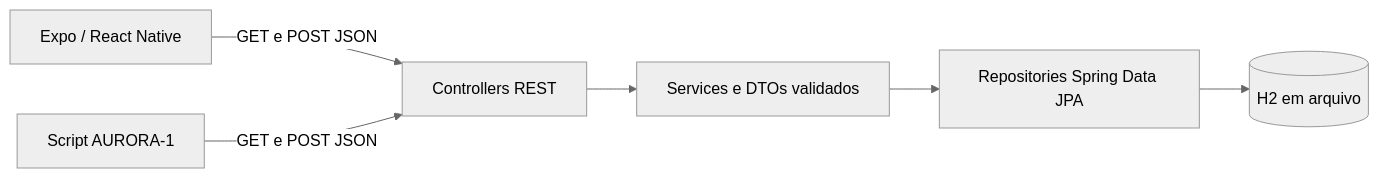
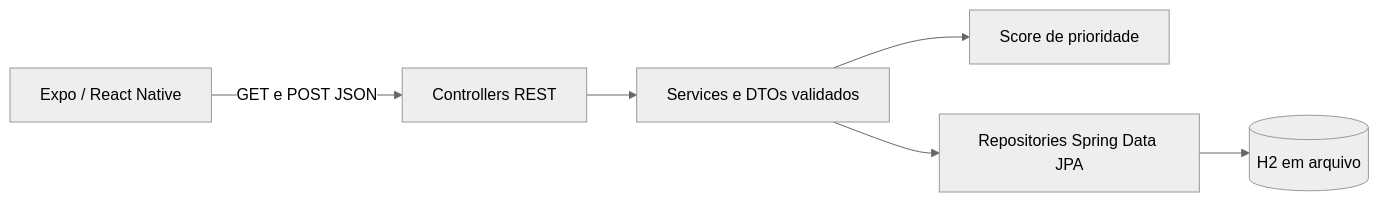
The diagram in README.md (enzoraddatz11/urban-risk-intelligence-platform), drawn with Mermaid (neutral theme) before and after one commit. The commit also changed other lines of this file, not shown here.

````diff
--- a/README.md
+++ b/README.md
@@ -52,8 +51,8 @@
 ```mermaid
 flowchart LR
     App[Expo / React Native] -->|GET e POST JSON| Controller[Controllers REST]
     Controller --> Service[Services e DTOs validados]
+    Service --> Analysis[Score de prioridade]
     Service --> Repository[Repositories Spring Data JPA]
     Repository --> H2[(H2 em arquivo)]
-    Script[Script AURORA-1] -->|GET e POST JSON| Controller
 ```
````
